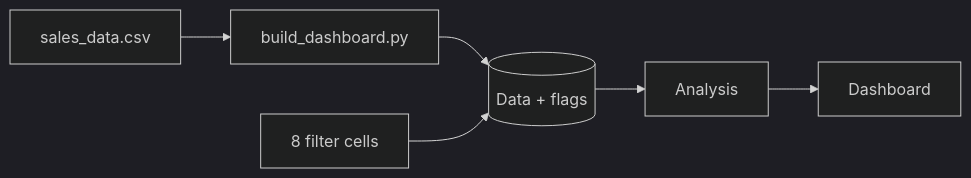
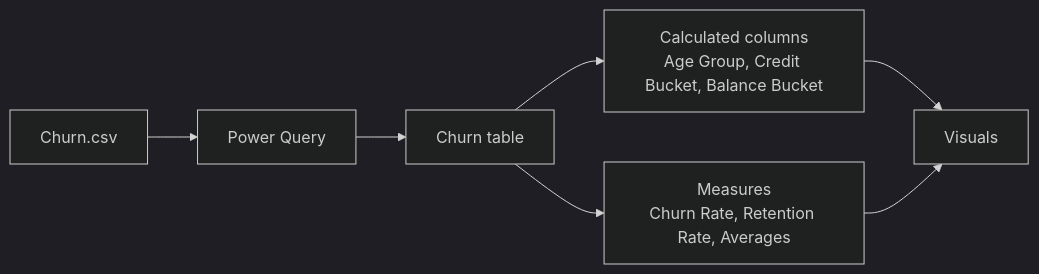
One commit to Kalyan4636/Bank-Churn-Power-bi- changed the diagram in README.md. Above: the diagram before and after it, drawn with Mermaid (dark theme). The commit also changed other lines of this file, not shown here.

````diff
--- a/README.md
+++ b/README.md
@@ -56,5 +110,9 @@
 ```mermaid
 flowchart LR
-    CSV[sales_data.csv] --> B[build_dashboard.py] --> D[(Data + flags)] --> A[Analysis] --> V[Dashboard]
-    F[8 filter cells] --> D
+  A[Churn.csv] --> B[Power Query]
+  B --> C[Churn table]
+  C --> D[Calculated columns<br/>Age Group, Credit Bucket, Balance Bucket]
+  C --> E[Measures<br/>Churn Rate, Retention Rate, Averages]
+  D --> F[Visuals]
+  E --> F
 ```
````
